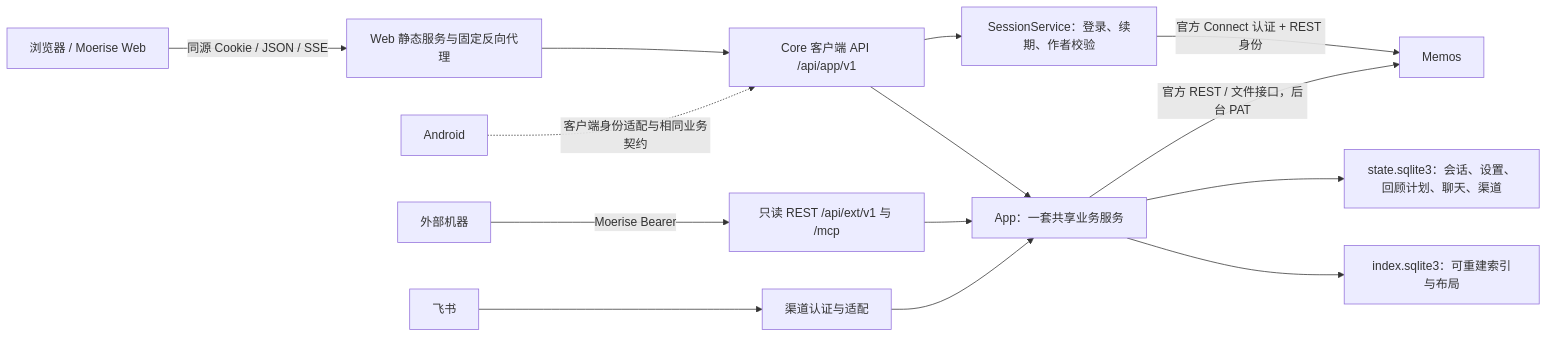
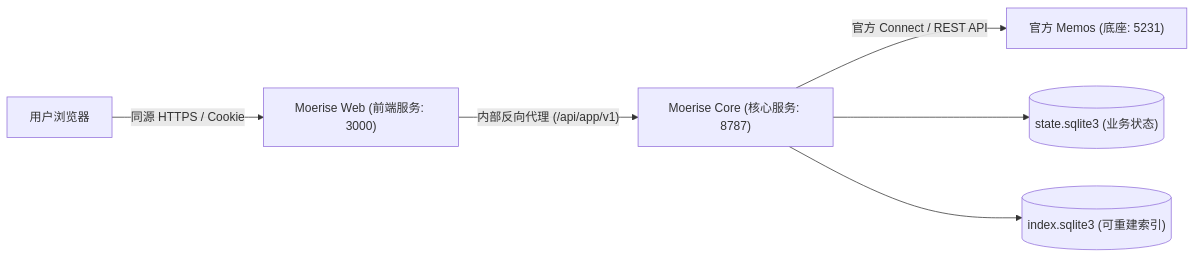
Before and after one commit to Fermin214/Moerise: the diagram in docs/DESIGN.md, drawn with Mermaid. The commit also changed other lines of this file and 19 other files, not shown here.

````diff
--- a/docs/DESIGN.md
+++ b/docs/DESIGN.md
@@ -82,16 +11,8 @@
 ```mermaid
 flowchart LR
-    B["浏览器 / Moerise Web"] -->|"同源 Cookie / JSON / SSE"| G["Web 静态服务与固定反向代理"]
-    G --> H["Core 客户端 API /api/app/v1"]
-    H --> S["SessionService：登录、续期、作者校验"]
-    H --> A["App：一套共享业务服务"]
-    X["外部机器"] -->|"Moerise Bearer"| E["只读 REST /api/ext/v1 与 /mcp"]
-    E --> A
-    F["飞书"] --> C["渠道认证与适配"]
-    C --> A
-    S -->|"官方 Connect 认证 + REST 身份"| M["Memos"]
-    A -->|"官方 REST / 文件接口，后台 PAT"| M
-    A --> D["state.sqlite3：会话、设置、回顾计划、聊天、渠道"]
-    A --> I["index.sqlite3：可重建索引与布局"]
-    N["Android"] -.->|"客户端身份适配与相同业务契约"| H
+    Browser["用户浏览器"] -->|"同源 HTTPS / Cookie"| Web["Moerise Web (前端服务: 3000)"]
+    Web -->|"内部反向代理 (/api/app/v1)"| Core["Moerise Core (核心服务: 8787)"]
+    Core -->|"官方 Connect / REST API"| Memos["官方 Memos (底座: 5231)"]
+    Core --> State[("state.sqlite3 (业务状态)")]
+    Core --> Index[("index.sqlite3 (可重建索引)")]
 ```
````
